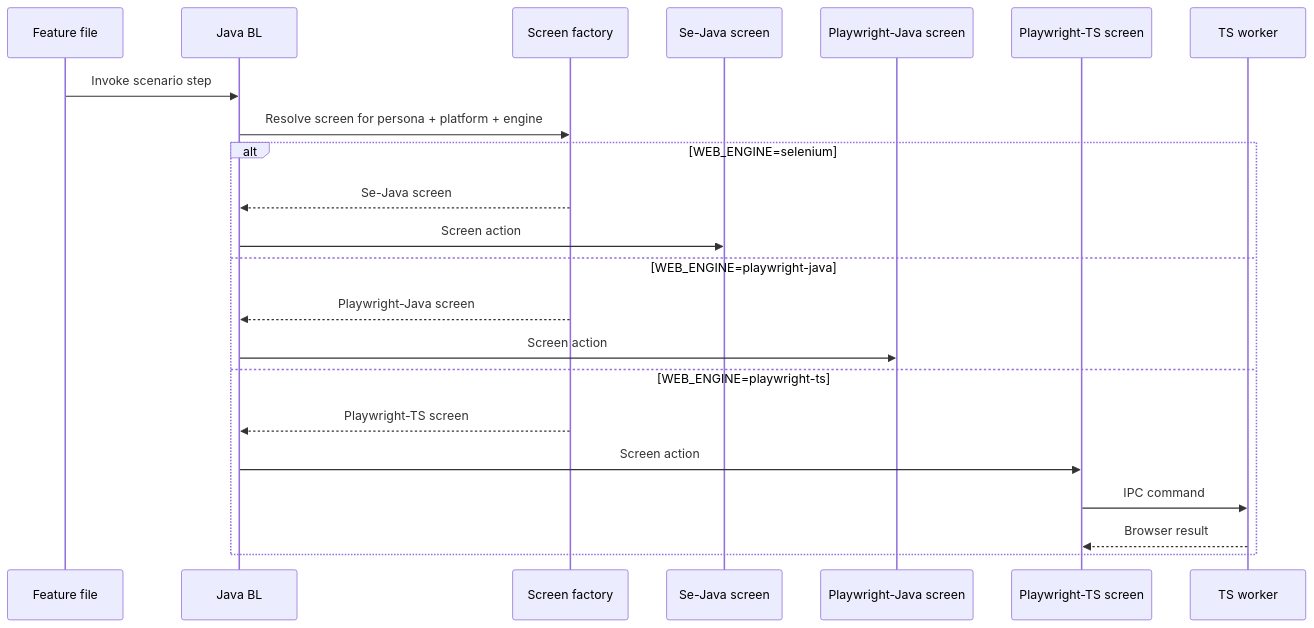
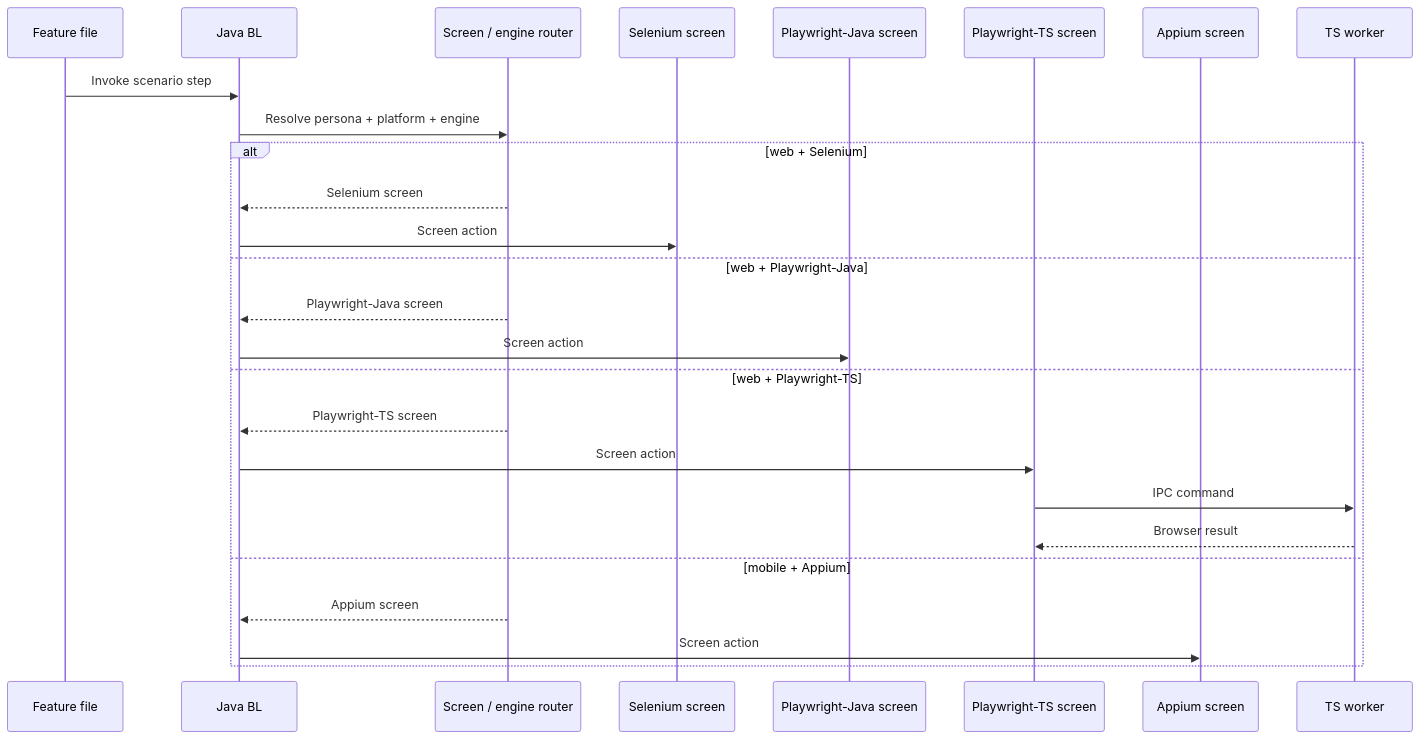
One commit to znsio/teswiz changed the second of 3 diagrams in docs/Architecture-README.md. Above: the diagram before and after it, drawn with Mermaid. The commit also changed other lines of this file, not shown here.

Commit message:
Expand architecture diagram to cover web and mobile engines

````diff
--- a/docs/Architecture-README.md
+++ b/docs/Architecture-README.md
@@ -38,25 +48,29 @@
 ```mermaid
 sequenceDiagram
     participant Feature as Feature file
     participant BL as Java BL
-    participant Factory as Screen factory
-    participant Se as Se-Java screen
+    participant Router as Screen / engine router
+    participant Se as Selenium screen
     participant PJ as Playwright-Java screen
     participant PT as Playwright-TS screen
+    participant App as Appium screen
     participant Worker as TS worker
 
     Feature->>BL: Invoke scenario step
-    BL->>Factory: Resolve screen for persona + platform + engine
-    alt WEB_ENGINE=selenium
-        Factory-->>BL: Se-Java screen
+    BL->>Router: Resolve persona + platform + engine
+    alt web + Selenium
+        Router-->>BL: Selenium screen
         BL->>Se: Screen action
-    else WEB_ENGINE=playwright-java
-        Factory-->>BL: Playwright-Java screen
+    else web + Playwright-Java
+        Router-->>BL: Playwright-Java screen
         BL->>PJ: Screen action
-    else WEB_ENGINE=playwright-ts
-        Factory-->>BL: Playwright-TS screen
+    else web + Playwright-TS
+        Router-->>BL: Playwright-TS screen
         BL->>PT: Screen action
         PT->>Worker: IPC command
         Worker-->>PT: Browser result
+    else mobile + Appium
+        Router-->>BL: Appium screen
+        BL->>App: Screen action
     end
 ```
````
